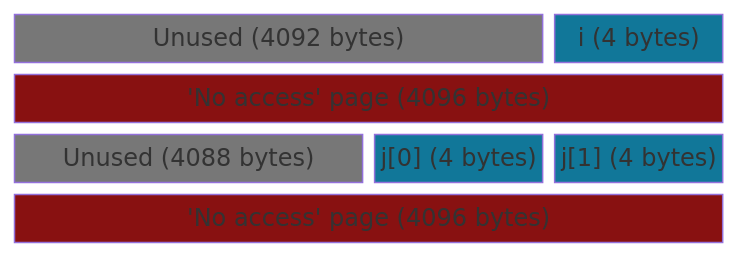
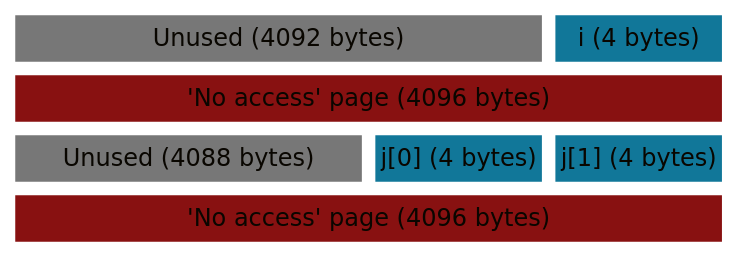
Before and after one commit to tcantenot/tcantenot.github.io: the diagram in _drafts/memory_arena.md, drawn with Mermaid. The commit also changed other lines of this file, not shown here.

````diff
--- a/_drafts/memory_arena.md
+++ b/_drafts/memory_arena.md
@@ -331,15 +327,25 @@
 ```mermaid
+%%{
+  init: {
+    'theme': 'base',
+    'themeVariables': {
+
+      'darkMode': 'true'
+    }
+  }
+}%%
+
 block-beta
   columns 4
   A["Unused (4092 bytes)"]:3 B["i (4 bytes)"]:1
   C["'No access' page (4096 bytes)"]:4
   D["Unused (4088 bytes)"]:2 E["j[0] (4 bytes)"]:1 F["j[1] (4 bytes)"]:1
   G["'No access' page (4096 bytes)"]:4
   style A fill:#777
   style B fill:#179
   style C fill:#811
   style D fill:#777
   style E fill:#179
   style F fill:#179
   style G fill:#811
 ```
````
